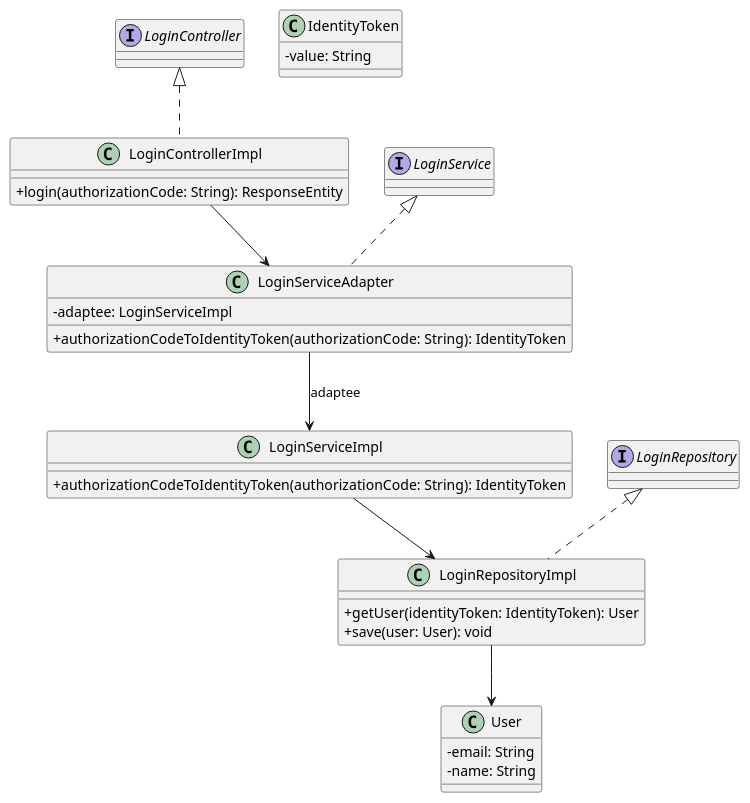
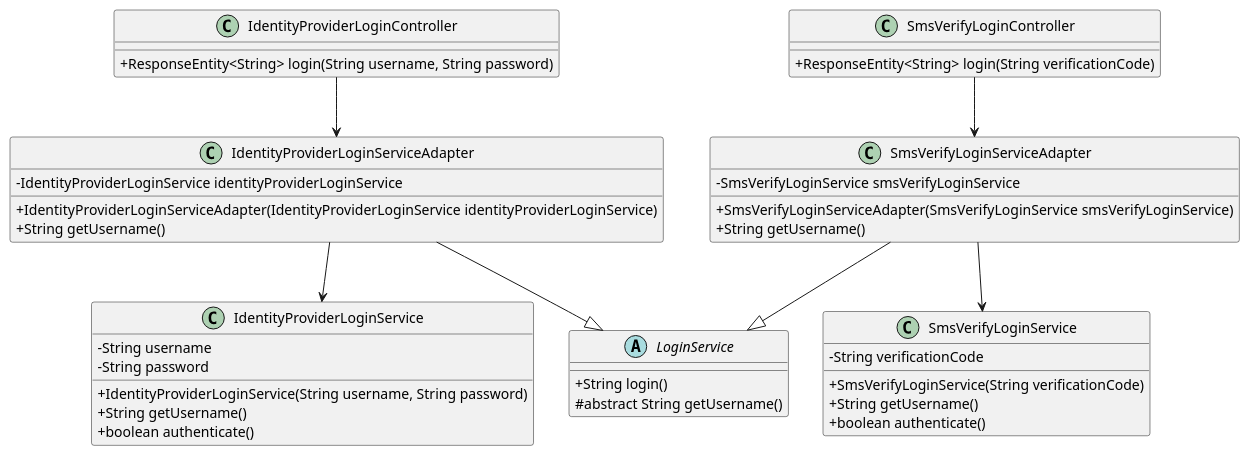
The diagram in Pressure_cooker/Rens/class_diagram.puml (AIM-ENE-feb25/triptop-groep-b4), drawn with PlantUML before and after one commit. The commit also changed 1 other file, not shown here.

Commit message:
Update pressure cooker class diagram

```diff
--- a/Pressure_cooker/Rens/class_diagram.puml
+++ b/Pressure_cooker/Rens/class_diagram.puml
@@ -1,48 +1,53 @@
 @startuml Adapter Pattern Class Diagram
 
 skinparam classAttributeIconSize 0
 
-' Interfaces
-interface LoginController
-interface LoginService
-interface LoginRepository
-
-' Classes
-class LoginControllerImpl implements LoginController {
-    +login(authorizationCode: String): ResponseEntity
+class IdentityProviderLoginController {
+    +ResponseEntity<String> login(String username, String password)
 }
 
-' Adapter class
-class LoginServiceAdapter implements LoginService {
-    -adaptee: LoginServiceImpl
-    +authorizationCodeToIdentityToken(authorizationCode: String): IdentityToken
+class SmsVerifyLoginController {
+    +ResponseEntity<String> login(String verificationCode)
 }
 
-' Legacy service
-class LoginServiceImpl {
-    +authorizationCodeToIdentityToken(authorizationCode: String): IdentityToken
+abstract class LoginService {
+    +String login()
+    #abstract String getUsername()
 }
 
-' Repository
-class LoginRepositoryImpl implements LoginRepository {
-    +getUser(identityToken: IdentityToken): User
-    +save(user: User): void
+class IdentityProviderLoginService {
+    -String username
+    -String password
+    +IdentityProviderLoginService(String username, String password)
+    +String getUsername()
+    +boolean authenticate()
 }
 
-' Value objects
-class IdentityToken {
-    -value: String
+class IdentityProviderLoginServiceAdapter {
+    -IdentityProviderLoginService identityProviderLoginService
+    +IdentityProviderLoginServiceAdapter(IdentityProviderLoginService identityProviderLoginService)
+    +String getUsername()
 }
 
-class User {
-    -email: String
-    -name: String
+class SmsVerifyLoginService {
+    -String verificationCode
+    +SmsVerifyLoginService(String verificationCode)
+    +String getUsername()
+    +boolean authenticate()
 }
 
-' Relationships
-LoginControllerImpl --> LoginServiceAdapter
-LoginServiceAdapter --> LoginServiceImpl : adaptee
-LoginServiceImpl --> LoginRepositoryImpl
-LoginRepositoryImpl --> User
+class SmsVerifyLoginServiceAdapter {
+    -SmsVerifyLoginService smsVerifyLoginService
+    +SmsVerifyLoginServiceAdapter(SmsVerifyLoginService smsVerifyLoginService)
+    +String getUsername()
+}
+
+IdentityProviderLoginController --> IdentityProviderLoginServiceAdapter
+IdentityProviderLoginServiceAdapter --|> LoginService
+IdentityProviderLoginServiceAdapter --> IdentityProviderLoginService
+
+SmsVerifyLoginController --> SmsVerifyLoginServiceAdapter
+SmsVerifyLoginServiceAdapter --|> LoginService
+SmsVerifyLoginServiceAdapter --> SmsVerifyLoginService
 
 @enduml
```
